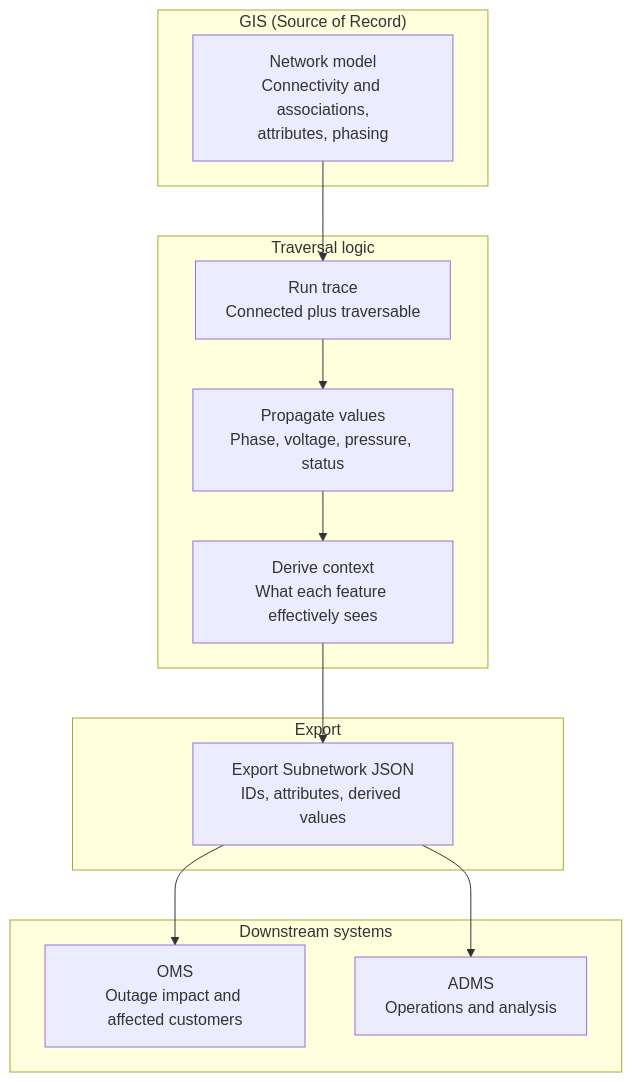
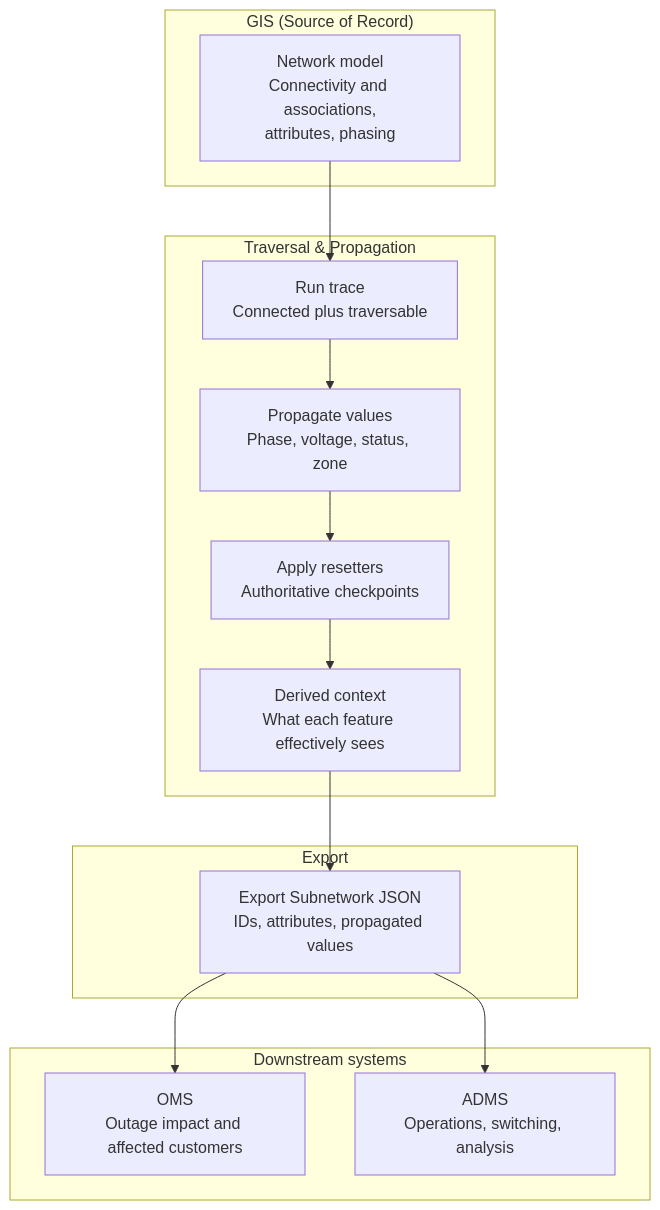
One commit to joemarshgis/admsreadiness changed the diagram in content/posts/2026-05-23-tracing-once-using-everywhere.md. Above: the diagram before and after it, drawn with Mermaid. The commit also changed other lines of this file and 1 other file, not shown here.

````diff
--- a/content/posts/2026-05-23-tracing-once-using-everywhere.md
+++ b/content/posts/2026-05-23-tracing-once-using-everywhere.md
@@ -74,25 +116,26 @@
 ```mermaid
 flowchart TB
     subgraph GIS["GIS (Source of Record)"]
       A[Network model<br/>Connectivity and associations,<br/>attributes, phasing]
     end
 
-    subgraph TRACE["Traversal logic"]
+    subgraph TRACE["Traversal & Propagation"]
       B[Run trace<br/>Connected plus traversable]
-      C[Propagate values<br/>Phase, voltage, pressure, status]
-      D[Derive context<br/>What each feature effectively sees]
+      C[Propagate values<br/>Phase, voltage, status, zone]
+      D[Apply resetters<br/>Authoritative checkpoints]
+      E[Derived context<br/>What each feature effectively sees]
     end
 
     subgraph EXPORT["Export"]
-      E[Export Subnetwork JSON<br/>IDs, attributes, derived values]
+      F[Export Subnetwork JSON<br/>IDs, attributes, propagated values]
     end
 
     subgraph SYSTEMS["Downstream systems"]
-      F[OMS<br/>Outage impact and affected customers]
-      G[ADMS<br/>Operations and analysis]
+      G[OMS<br/>Outage impact and affected customers]
+      H[ADMS<br/>Operations, switching, analysis]
     end
 
-    A --> B --> C --> D --> E
-    E --> F
-    E --> G
+    A --> B --> C --> D --> E --> F
+    F --> G
+    F --> H
 ```
````
